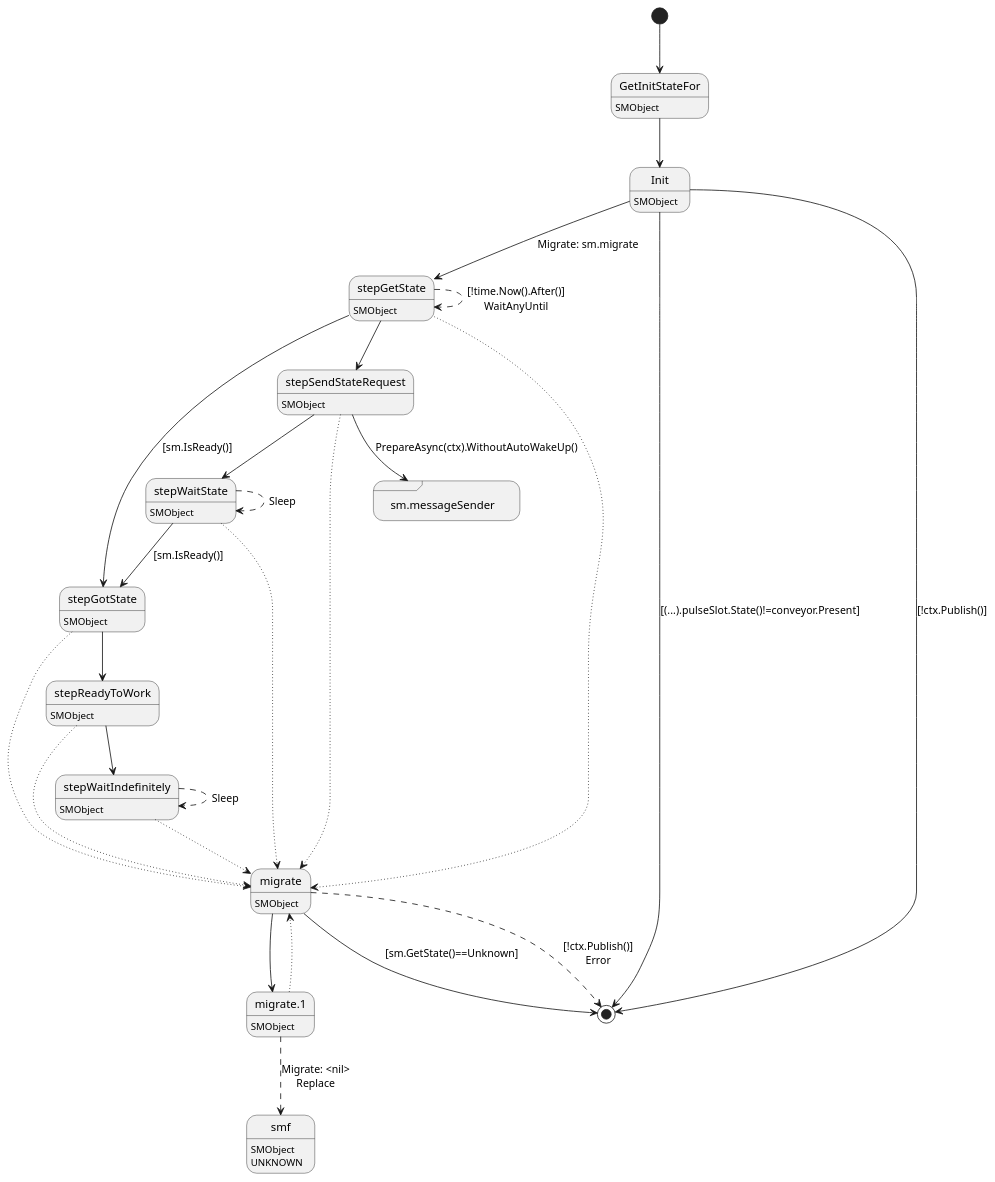
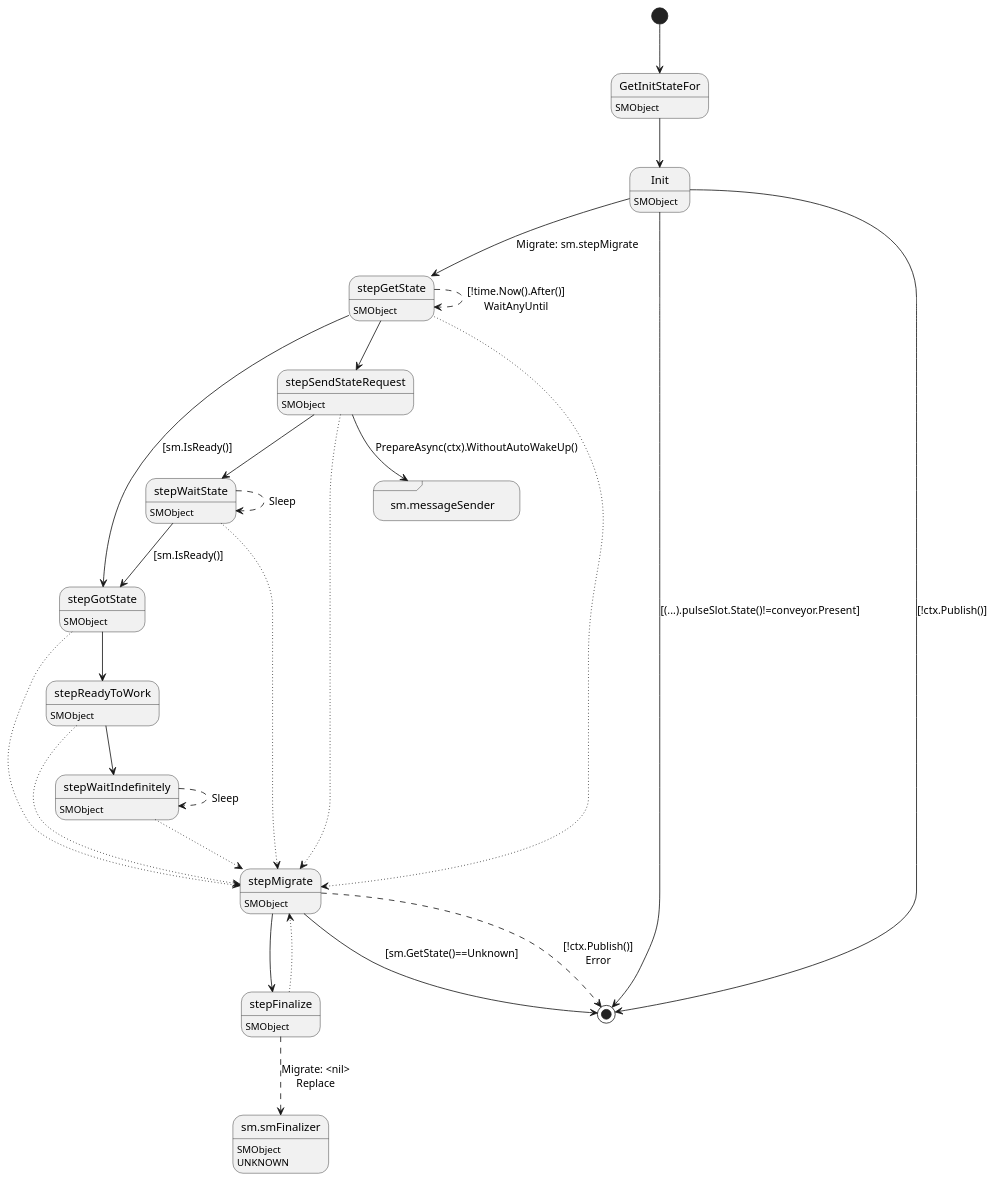
One commit to insolar/assured-ledger changed the diagram in ledger-core/virtual/object/object.plantuml. Above: the diagram before and after it, drawn with PlantUML.

Commit message:
PLAT-577: Regenerate uml

```diff
--- a/ledger-core/virtual/object/object.plantuml
+++ b/ledger-core/virtual/object/object.plantuml
@@ -1,52 +1,52 @@
 @startuml
 state "GetInitStateFor" as T00_S001
 T00_S001 : SMObject
 [*] --> T00_S001
 T00_S001 --> T00_S002
 state "Init" as T00_S002
 T00_S002 : SMObject
 T00_S002 --> [*] : [(...).pulseSlot.State()!=conveyor.Present]
 T00_S002 --> [*] : [!ctx.Publish()]
-T00_S002 --> T00_S005 : Migrate: sm.migrate
-state "migrate" as T00_S010
-T00_S010 : SMObject
-T00_S010 --> [*] : [sm.GetState()==Unknown]
-T00_S010 --[dashed]> [*] : [!ctx.Publish()]\nError
-T00_S010 --> T00_S011
-state "migrate.1" as T00_S011
+T00_S002 --> T00_S005 : Migrate: sm.stepMigrate
+state "sm.messageSender" as T00_S004 <<sdlreceive>>
+state "stepFinalize" as T00_S011
 T00_S011 : SMObject
 T00_S011 --[dotted]> T00_S010
-state "smf" as T00_U001
+state "sm.smFinalizer" as T00_U001
 T00_U001 : SMObject
 T00_U001 : UNKNOWN 
 T00_S011 --[dashed]> T00_U001 : Migrate: <nil>\nReplace
-state "sm.messageSender" as T00_S004 <<sdlreceive>>
 state "stepGetState" as T00_S005
 T00_S005 : SMObject
 T00_S005 --[dotted]> T00_S010
 T00_S005 --> T00_S007 : [sm.IsReady()]
 T00_S005 --[dashed]> T00_S005 : [!time.Now().After()]\nWaitAnyUntil
 T00_S005 --> T00_S003
 state "stepGotState" as T00_S007
 T00_S007 : SMObject
 T00_S007 --[dotted]> T00_S010
 T00_S007 --> T00_S008
+state "stepMigrate" as T00_S010
+T00_S010 : SMObject
+T00_S010 --> [*] : [sm.GetState()==Unknown]
+T00_S010 --[dashed]> [*] : [!ctx.Publish()]\nError
+T00_S010 --> T00_S011
 state "stepReadyToWork" as T00_S008
 T00_S008 : SMObject
 T00_S008 --[dotted]> T00_S010
 T00_S008 --> T00_S009
 state "stepSendStateRequest" as T00_S003
 T00_S003 : SMObject
 T00_S003 --[dotted]> T00_S010
 T00_S003 --> T00_S004 : PrepareAsync(ctx).WithoutAutoWakeUp()
 T00_S003 --> T00_S006
 state "stepWaitIndefinitely" as T00_S009
 T00_S009 : SMObject
 T00_S009 --[dotted]> T00_S010
 T00_S009 --[dashed]> T00_S009 : Sleep
 state "stepWaitState" as T00_S006
 T00_S006 : SMObject
 T00_S006 --[dotted]> T00_S010
 T00_S006 --> T00_S007 : [sm.IsReady()]
 T00_S006 --[dashed]> T00_S006 : Sleep
 @enduml
```
